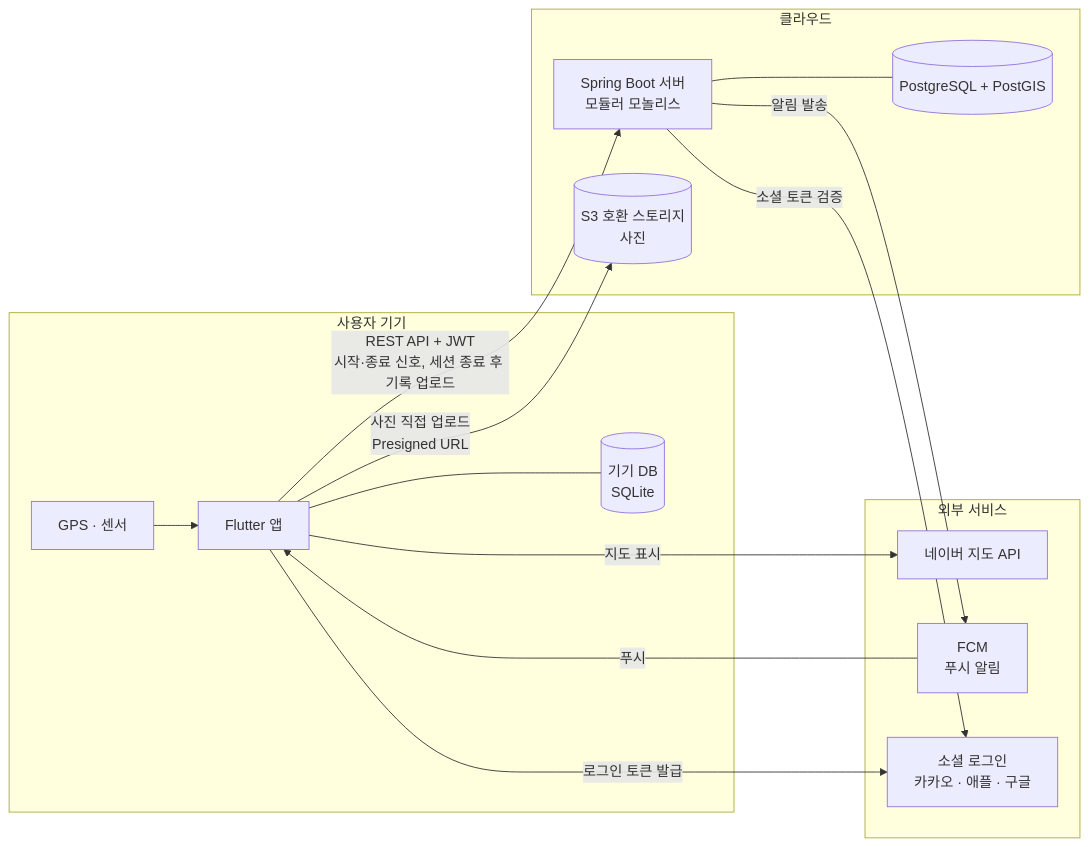
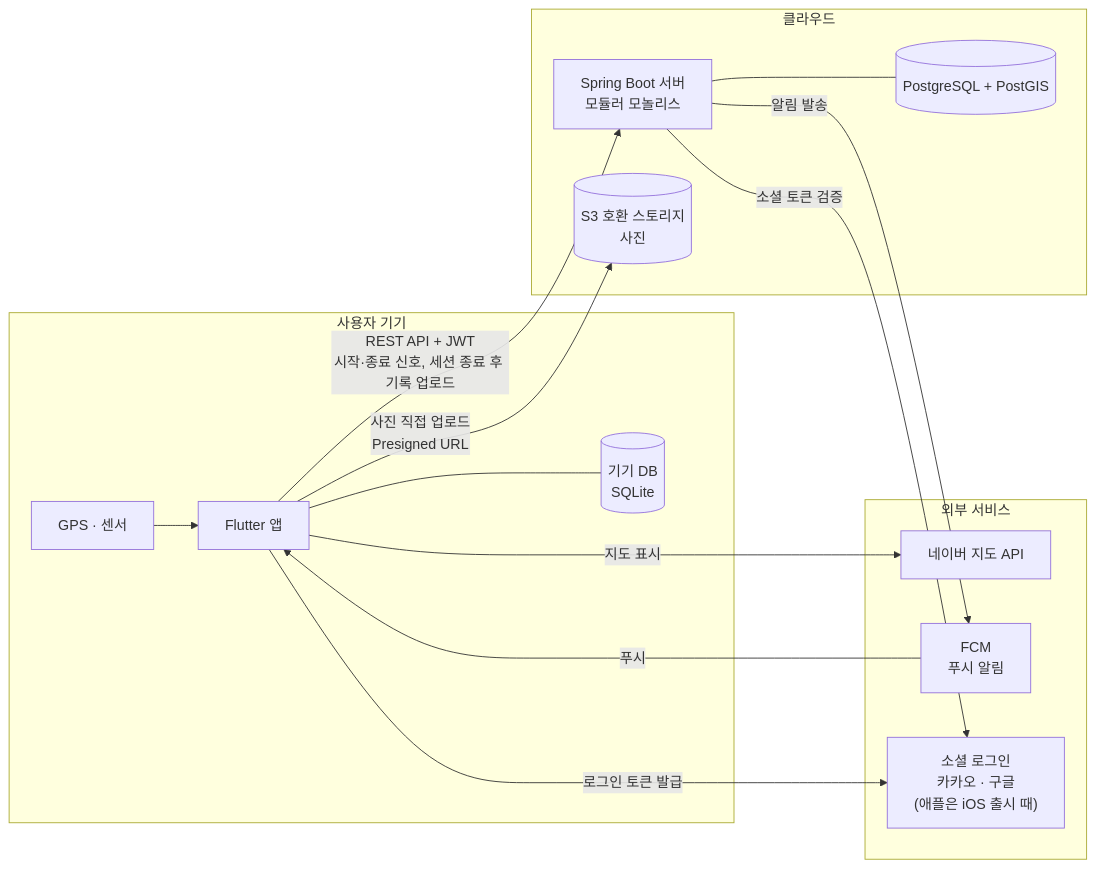
Before and after one commit to SunMoonUniv/WADADAK: the first of 4 diagrams in 개발 정책 v3.md, drawn with Mermaid. The commit also changed other lines of this file, not shown here.

````diff
--- a/개발 정책 v3.md
+++ b/개발 정책 v3.md
@@ -25,31 +25,31 @@
 ```mermaid
 flowchart LR
     subgraph Device["사용자 기기"]
         App["Flutter 앱"]
         LocalDB[("기기 DB<br/>SQLite")]
         GPS["GPS · 센서"]
         App --- LocalDB
         GPS --> App
     end
 
     subgraph External["외부 서비스"]
         NaverMap["네이버 지도 API"]
         FCM["FCM<br/>푸시 알림"]
-        Social["소셜 로그인<br/>카카오 · 애플 · 구글"]
+        Social["소셜 로그인<br/>카카오 · 구글<br/>(애플은 iOS 출시 때)"]
     end
 
     subgraph Cloud["클라우드"]
         Server["Spring Boot 서버<br/>모듈러 모놀리스"]
         DB[("PostgreSQL + PostGIS")]
         Storage[("S3 호환 스토리지<br/>사진")]
         Server --- DB
     end
 
     App -->|"지도 표시"| NaverMap
     App -->|"로그인 토큰 발급"| Social
     App -->|"REST API + JWT<br/>시작·종료 신호, 세션 종료 후 기록 업로드"| Server
     App -->|"사진 직접 업로드<br/>Presigned URL"| Storage
     Server -->|"소셜 토큰 검증"| Social
     Server -->|"알림 발송"| FCM
     FCM -->|"푸시"| App
 ```
````
